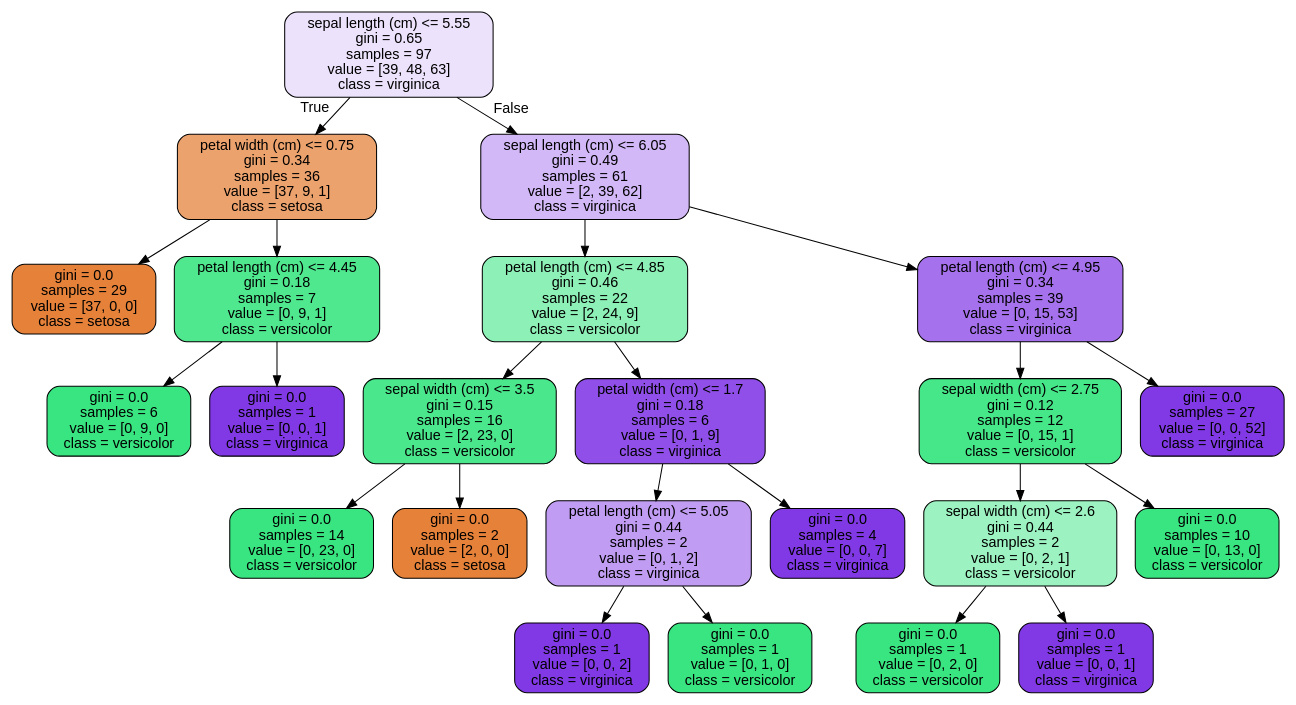
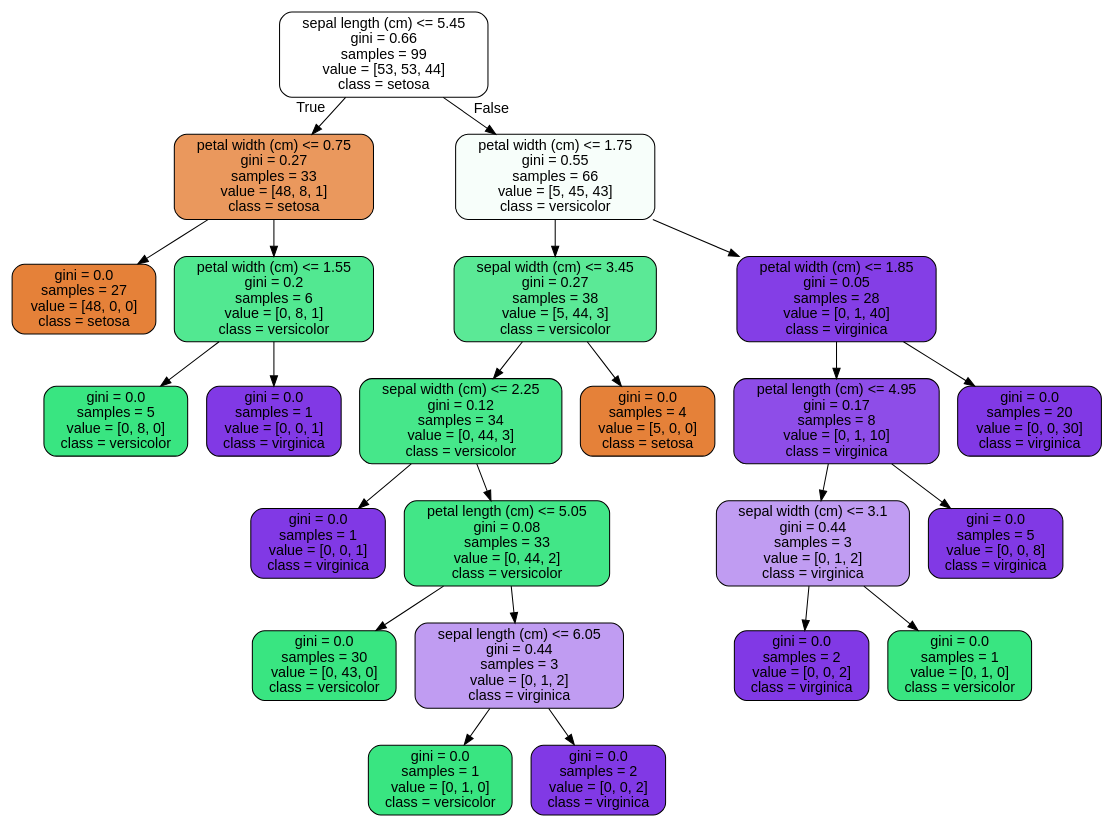
The diagram in Random_Forest/RandomForest Covid Case Study_06302020/tree.dot (mhahm/Supervised_Learning), drawn with Graphviz before and after one commit. The commit also changed 5 other files, not shown here.

```diff
--- a/Random_Forest/RandomForest Covid Case Study_06302020/tree.dot
+++ b/Random_Forest/RandomForest Covid Case Study_06302020/tree.dot
@@ -1,49 +1,49 @@
 digraph Tree {
 node [shape=box, style="filled, rounded", color="black", fontname=helvetica] ;
 edge [fontname=helvetica] ;
-0 [label="sepal length (cm) <= 5.55\ngini = 0.65\nsamples = 97\nvalue = [39, 48, 63]\nclass = virginica", fillcolor="#ece2fb"] ;
-1 [label="petal width (cm) <= 0.75\ngini = 0.34\nsamples = 36\nvalue = [37, 9, 1]\nclass = setosa", fillcolor="#eca26d"] ;
+0 [label="sepal length (cm) <= 5.45\ngini = 0.66\nsamples = 99\nvalue = [53, 53, 44]\nclass = setosa", fillcolor="#ffffff"] ;
+1 [label="petal width (cm) <= 0.75\ngini = 0.27\nsamples = 33\nvalue = [48, 8, 1]\nclass = setosa", fillcolor="#ea985d"] ;
 0 -> 1 [labeldistance=2.5, labelangle=45, headlabel="True"] ;
-2 [label="gini = 0.0\nsamples = 29\nvalue = [37, 0, 0]\nclass = setosa", fillcolor="#e58139"] ;
+2 [label="gini = 0.0\nsamples = 27\nvalue = [48, 0, 0]\nclass = setosa", fillcolor="#e58139"] ;
 1 -> 2 ;
-3 [label="petal length (cm) <= 4.45\ngini = 0.18\nsamples = 7\nvalue = [0, 9, 1]\nclass = versicolor", fillcolor="#4fe88f"] ;
+3 [label="petal width (cm) <= 1.55\ngini = 0.2\nsamples = 6\nvalue = [0, 8, 1]\nclass = versicolor", fillcolor="#52e891"] ;
 1 -> 3 ;
-4 [label="gini = 0.0\nsamples = 6\nvalue = [0, 9, 0]\nclass = versicolor", fillcolor="#39e581"] ;
+4 [label="gini = 0.0\nsamples = 5\nvalue = [0, 8, 0]\nclass = versicolor", fillcolor="#39e581"] ;
 3 -> 4 ;
 5 [label="gini = 0.0\nsamples = 1\nvalue = [0, 0, 1]\nclass = virginica", fillcolor="#8139e5"] ;
 3 -> 5 ;
-6 [label="sepal length (cm) <= 6.05\ngini = 0.49\nsamples = 61\nvalue = [2, 39, 62]\nclass = virginica", fillcolor="#d2b8f6"] ;
+6 [label="petal width (cm) <= 1.75\ngini = 0.55\nsamples = 66\nvalue = [5, 45, 43]\nclass = versicolor", fillcolor="#f7fefa"] ;
 0 -> 6 [labeldistance=2.5, labelangle=-45, headlabel="False"] ;
-7 [label="petal length (cm) <= 4.85\ngini = 0.46\nsamples = 22\nvalue = [2, 24, 9]\nclass = versicolor", fillcolor="#8df0b6"] ;
+7 [label="sepal width (cm) <= 3.45\ngini = 0.27\nsamples = 38\nvalue = [5, 44, 3]\nclass = versicolor", fillcolor="#5be996"] ;
 6 -> 7 ;
-8 [label="sepal width (cm) <= 3.5\ngini = 0.15\nsamples = 16\nvalue = [2, 23, 0]\nclass = versicolor", fillcolor="#4ae78c"] ;
+8 [label="sepal width (cm) <= 2.25\ngini = 0.12\nsamples = 34\nvalue = [0, 44, 3]\nclass = versicolor", fillcolor="#46e78a"] ;
 7 -> 8 ;
-9 [label="gini = 0.0\nsamples = 14\nvalue = [0, 23, 0]\nclass = versicolor", fillcolor="#39e581"] ;
+9 [label="gini = 0.0\nsamples = 1\nvalue = [0, 0, 1]\nclass = virginica", fillcolor="#8139e5"] ;
 8 -> 9 ;
-10 [label="gini = 0.0\nsamples = 2\nvalue = [2, 0, 0]\nclass = setosa", fillcolor="#e58139"] ;
+10 [label="petal length (cm) <= 5.05\ngini = 0.08\nsamples = 33\nvalue = [0, 44, 2]\nclass = versicolor", fillcolor="#42e687"] ;
 8 -> 10 ;
-11 [label="petal width (cm) <= 1.7\ngini = 0.18\nsamples = 6\nvalue = [0, 1, 9]\nclass = virginica", fillcolor="#8f4fe8"] ;
-7 -> 11 ;
-12 [label="petal length (cm) <= 5.05\ngini = 0.44\nsamples = 2\nvalue = [0, 1, 2]\nclass = virginica", fillcolor="#c09cf2"] ;
-11 -> 12 ;
-13 [label="gini = 0.0\nsamples = 1\nvalue = [0, 0, 2]\nclass = virginica", fillcolor="#8139e5"] ;
+11 [label="gini = 0.0\nsamples = 30\nvalue = [0, 43, 0]\nclass = versicolor", fillcolor="#39e581"] ;
+10 -> 11 ;
+12 [label="sepal length (cm) <= 6.05\ngini = 0.44\nsamples = 3\nvalue = [0, 1, 2]\nclass = virginica", fillcolor="#c09cf2"] ;
+10 -> 12 ;
+13 [label="gini = 0.0\nsamples = 1\nvalue = [0, 1, 0]\nclass = versicolor", fillcolor="#39e581"] ;
 12 -> 13 ;
-14 [label="gini = 0.0\nsamples = 1\nvalue = [0, 1, 0]\nclass = versicolor", fillcolor="#39e581"] ;
+14 [label="gini = 0.0\nsamples = 2\nvalue = [0, 0, 2]\nclass = virginica", fillcolor="#8139e5"] ;
 12 -> 14 ;
-15 [label="gini = 0.0\nsamples = 4\nvalue = [0, 0, 7]\nclass = virginica", fillcolor="#8139e5"] ;
-11 -> 15 ;
-16 [label="petal length (cm) <= 4.95\ngini = 0.34\nsamples = 39\nvalue = [0, 15, 53]\nclass = virginica", fillcolor="#a571ec"] ;
+15 [label="gini = 0.0\nsamples = 4\nvalue = [5, 0, 0]\nclass = setosa", fillcolor="#e58139"] ;
+7 -> 15 ;
+16 [label="petal width (cm) <= 1.85\ngini = 0.05\nsamples = 28\nvalue = [0, 1, 40]\nclass = virginica", fillcolor="#843ee6"] ;
 6 -> 16 ;
-17 [label="sepal width (cm) <= 2.75\ngini = 0.12\nsamples = 12\nvalue = [0, 15, 1]\nclass = versicolor", fillcolor="#46e789"] ;
+17 [label="petal length (cm) <= 4.95\ngini = 0.17\nsamples = 8\nvalue = [0, 1, 10]\nclass = virginica", fillcolor="#8e4de8"] ;
 16 -> 17 ;
-18 [label="sepal width (cm) <= 2.6\ngini = 0.44\nsamples = 2\nvalue = [0, 2, 1]\nclass = versicolor", fillcolor="#9cf2c0"] ;
+18 [label="sepal width (cm) <= 3.1\ngini = 0.44\nsamples = 3\nvalue = [0, 1, 2]\nclass = virginica", fillcolor="#c09cf2"] ;
 17 -> 18 ;
-19 [label="gini = 0.0\nsamples = 1\nvalue = [0, 2, 0]\nclass = versicolor", fillcolor="#39e581"] ;
+19 [label="gini = 0.0\nsamples = 2\nvalue = [0, 0, 2]\nclass = virginica", fillcolor="#8139e5"] ;
 18 -> 19 ;
-20 [label="gini = 0.0\nsamples = 1\nvalue = [0, 0, 1]\nclass = virginica", fillcolor="#8139e5"] ;
+20 [label="gini = 0.0\nsamples = 1\nvalue = [0, 1, 0]\nclass = versicolor", fillcolor="#39e581"] ;
 18 -> 20 ;
-21 [label="gini = 0.0\nsamples = 10\nvalue = [0, 13, 0]\nclass = versicolor", fillcolor="#39e581"] ;
+21 [label="gini = 0.0\nsamples = 5\nvalue = [0, 0, 8]\nclass = virginica", fillcolor="#8139e5"] ;
 17 -> 21 ;
-22 [label="gini = 0.0\nsamples = 27\nvalue = [0, 0, 52]\nclass = virginica", fillcolor="#8139e5"] ;
+22 [label="gini = 0.0\nsamples = 20\nvalue = [0, 0, 30]\nclass = virginica", fillcolor="#8139e5"] ;
 16 -> 22 ;
 }
```
